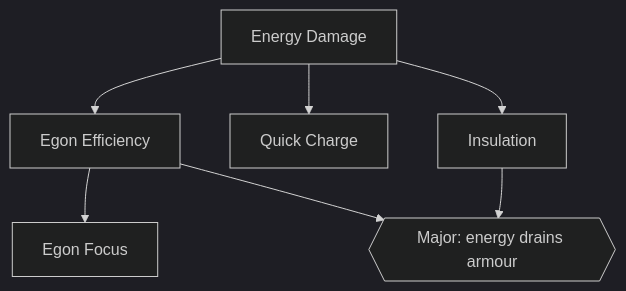
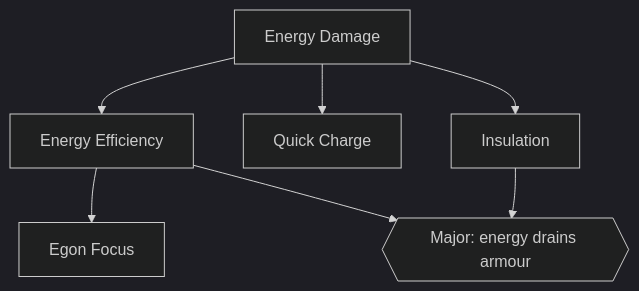
The third of 8 diagrams in docs/SKILL_TREE.md (ac95git/hl1-shock), drawn with Mermaid (dark theme) before and after one commit. The commit also changed other lines of this file and 15 other files, not shown here.

````diff
--- a/docs/SKILL_TREE.md
+++ b/docs/SKILL_TREE.md
@@ -198,9 +198,9 @@
 ```mermaid
 graph TD
-  ED[Energy Damage] --> EE[Egon Efficiency]
+  ED[Energy Damage] --> EE[Energy Efficiency]
   EE --> EF[Egon Focus]
   ED --> QC[Quick Charge]
   ED --> IN[Insulation]
   EE --> EM{{"Major: energy drains armour"}}
   IN --> EM
 ```
````
